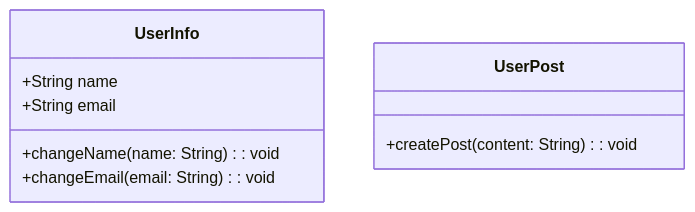
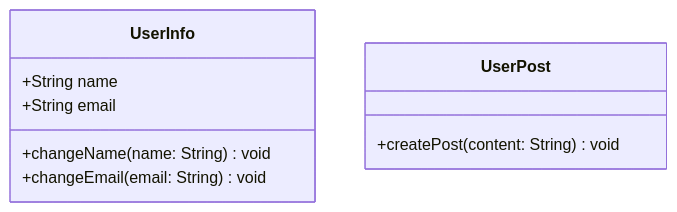
One commit to InfiniteAstral/notes changed the second of 4 diagrams in 计算机科学/面向对象设计与Java编程/9 设计模式/9-2 设计原则.md. Above: the diagram before and after it, drawn with Mermaid. The commit also changed other lines of this file, not shown here.

Commit message:
fix: mermaid class diagram extra colons 计算机科学/面向对象设计与Java编程/9 设计模式/9-2 设计原则.md

````diff
--- a/计算机科学/面向对象设计与Java编程/9 设计模式/9-2 设计原则.md
+++ b/计算机科学/面向对象设计与Java编程/9 设计模式/9-2 设计原则.md
@@ -39,13 +39,13 @@
 ```mermaid
 classDiagram
     class UserInfo {
         +String name
         +String email
-        +changeName(name: String): void
-        +changeEmail(email: String): void
+        +changeName(name: String) void
+        +changeEmail(email: String) void
     }
 
     class UserPost {
-        +createPost(content: String): void
+        +createPost(content: String) void
     }
 ```
````
